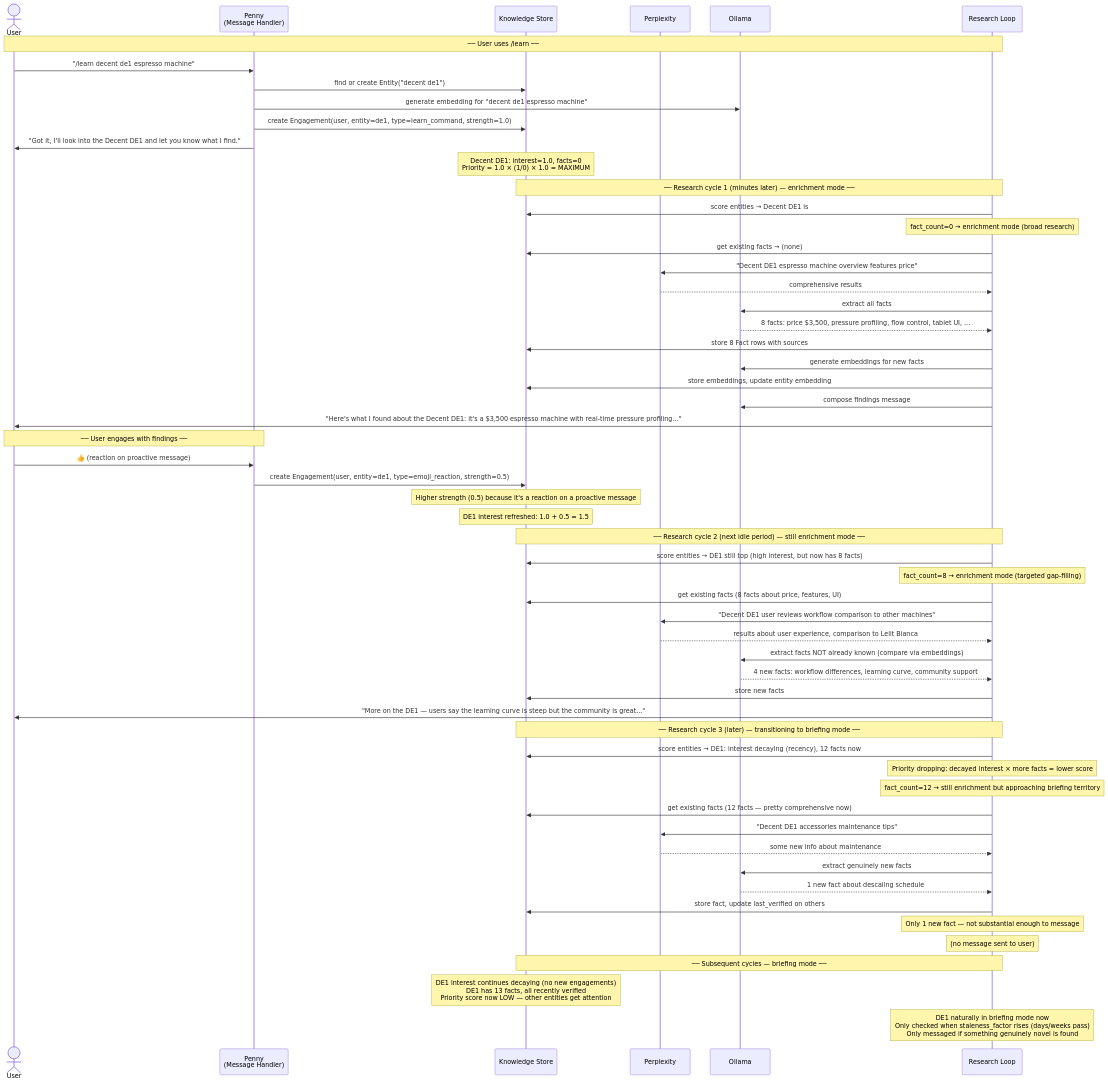
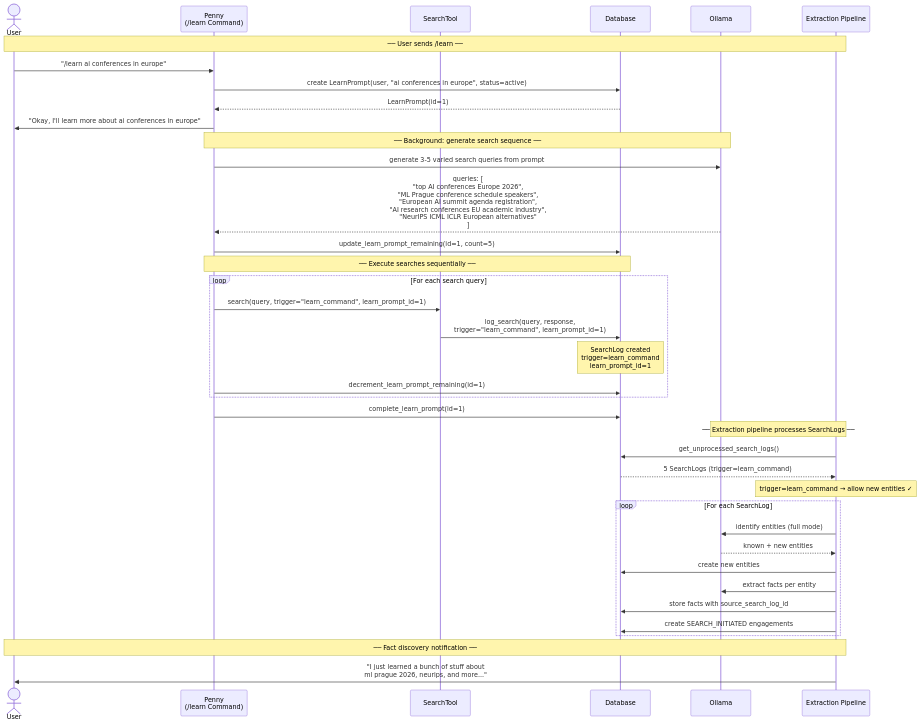
One commit to jaredlockhart/penny changed the second of 8 diagrams in docs/knowledge-system-flows.md. Above: the diagram before and after it, drawn with Mermaid. The commit also changed other lines of this file and 1 other file, not shown here.

First line of the commit message:
docs: knowledge system v2 design and sequence diagrams

````diff
--- a/docs/knowledge-system-flows.md
+++ b/docs/knowledge-system-flows.md
@@ -98,73 +64,52 @@
 ```mermaid
 sequenceDiagram
     actor User
-    participant Penny as Penny<br/>(Message Handler)
-    participant DB as Knowledge Store
-    participant Search as Perplexity
+    participant Penny as Penny<br/>(/learn Command)
+    participant Search as SearchTool
+    participant DB as Database
     participant LLM as Ollama
-    participant Research as Research Loop
+    participant Extract as Extraction Pipeline
 
-    Note over User,Research: ── User uses /learn ──
+    Note over User,Extract: ── User sends /learn ──
 
-    User->>Penny: "/learn decent de1 espresso machine"
-    Penny->>DB: find or create Entity("decent de1")
-    Penny->>LLM: generate embedding for "decent de1 espresso machine"
-    Penny->>DB: create Engagement(user, entity=de1, type=learn_command, strength=1.0)
-    Penny->>User: "Got it, I'll look into the Decent DE1 and let you know what I find."
+    User->>Penny: "/learn ai conferences in europe"
+    Penny->>DB: create LearnPrompt(user, "ai conferences in europe", status=active)
+    DB-->>Penny: LearnPrompt(id=1)
+    Penny->>User: "Okay, I'll learn more about ai conferences in europe"
 
-    Note over DB: Decent DE1: interest=1.0, facts=0<br/>Priority = 1.0 × (1/0) × 1.0 = MAXIMUM
+    Note over Penny,LLM: ── Background: generate search sequence ──
 
-    Note over Research,DB: ── Research cycle 1 (minutes later) — enrichment mode ──
+    Penny->>LLM: generate 3-5 varied search queries from prompt
+    LLM-->>Penny: queries: [<br/>  "top AI conferences Europe 2026",<br/>  "ML Prague conference schedule speakers",<br/>  "European AI summit agenda registration",<br/>  "AI research conferences EU academic industry",<br/>  "NeurIPS ICML ICLR European alternatives"<br/>]
+    Penny->>DB: update_learn_prompt_remaining(id=1, count=5)
 
-    Research->>DB: score entities → Decent DE1 is #1 (max interest, zero facts)
-    Note over Research: fact_count=0 → enrichment mode (broad research)
-    Research->>DB: get existing facts → (none)
-    Research->>Search: "Decent DE1 espresso machine overview features price"
-    Search-->>Research: comprehensive results
-    Research->>LLM: extract all facts
-    LLM-->>Research: 8 facts: price $3,500, pressure profiling, flow control, tablet UI, ...
-    Research->>DB: store 8 Fact rows with sources
-    Research->>LLM: generate embeddings for new facts
-    Research->>DB: store embeddings, update entity embedding
-    Research->>LLM: compose findings message
-    Research->>User: "Here's what I found about the Decent DE1: it's a $3,500 espresso machine with real-time pressure profiling..."
+    Note over Penny,DB: ── Execute searches sequentially ──
 
-    Note over User,Penny: ── User engages with findings ──
+    loop For each search query
+        Penny->>Search: search(query, trigger="learn_command", learn_prompt_id=1)
+        Search->>DB: log_search(query, response,<br/>trigger="learn_command", learn_prompt_id=1)
+        Note over DB: SearchLog created<br/>trigger=learn_command<br/>learn_prompt_id=1
+        Penny->>DB: decrement_learn_prompt_remaining(id=1)
+    end
 
-    User->>Penny: 👍 (reaction on proactive message)
-    Penny->>DB: create Engagement(user, entity=de1, type=emoji_reaction, strength=0.5)
-    Note over DB: Higher strength (0.5) because it's a reaction on a proactive message
+    Penny->>DB: complete_learn_prompt(id=1)
 
-    Note over DB: DE1 interest refreshed: 1.0 + 0.5 = 1.5
+    Note over Extract,LLM: ── Extraction pipeline processes SearchLogs ──
 
-    Note over Research,DB: ── Research cycle 2 (next idle period) — still enrichment mode ──
+    Extract->>DB: get_unprocessed_search_logs()
+    DB-->>Extract: 5 SearchLogs (trigger=learn_command)
+    Note over Extract: trigger=learn_command → allow new entities ✓
 
-    Research->>DB: score entities → DE1 still top (high interest, but now has 8 facts)
-    Note over Research: fact_count=8 → enrichment mode (targeted gap-filling)
-    Research->>DB: get existing facts (8 facts about price, features, UI)
-    Research->>Search: "Decent DE1 user reviews workflow comparison to other machines"
-    Search-->>Research: results about user experience, comparison to Lelit Bianca
-    Research->>LLM: extract facts NOT already known (compare via embeddings)
-    LLM-->>Research: 4 new facts: workflow differences, learning curve, community support
-    Research->>DB: store new facts
-    Research->>User: "More on the DE1 — users say the learning curve is steep but the community is great..."
+    loop For each SearchLog
+        Extract->>LLM: identify entities (full mode)
+        LLM-->>Extract: known + new entities
+        Extract->>DB: create new entities
+        Extract->>LLM: extract facts per entity
+        Extract->>DB: store facts with source_search_log_id
+        Extract->>DB: create SEARCH_INITIATED engagements
+    end
 
-    Note over Research,DB: ── Research cycle 3 (later) — transitioning to briefing mode ──
+    Note over Extract,User: ── Fact discovery notification ──
 
-    Research->>DB: score entities → DE1: interest decaying (recency), 12 facts now
-    Note over Research: Priority dropping: decayed interest × more facts = lower score
-    Note over Research: fact_count=12 → still enrichment but approaching briefing territory
-    Research->>DB: get existing facts (12 facts — pretty comprehensive now)
-    Research->>Search: "Decent DE1 accessories maintenance tips"
-    Search-->>Research: some new info about maintenance
-    Research->>LLM: extract genuinely new facts
-    LLM-->>Research: 1 new fact about descaling schedule
-    Research->>DB: store fact, update last_verified on others
-    Note over Research: Only 1 new fact — not substantial enough to message
-    Note over Research: (no message sent to user)
-
-    Note over Research,DB: ── Subsequent cycles — briefing mode ──
-
-    Note over DB: DE1 interest continues decaying (no new engagements)<br/>DE1 has 13 facts, all recently verified<br/>Priority score now LOW — other entities get attention
-    Note over Research: DE1 naturally in briefing mode now<br/>Only checked when staleness_factor rises (days/weeks pass)<br/>Only messaged if something genuinely novel is found
+    Extract->>User: "I just learned a bunch of stuff about<br/>ml prague 2026, neurips, and more..."
 ```
````
